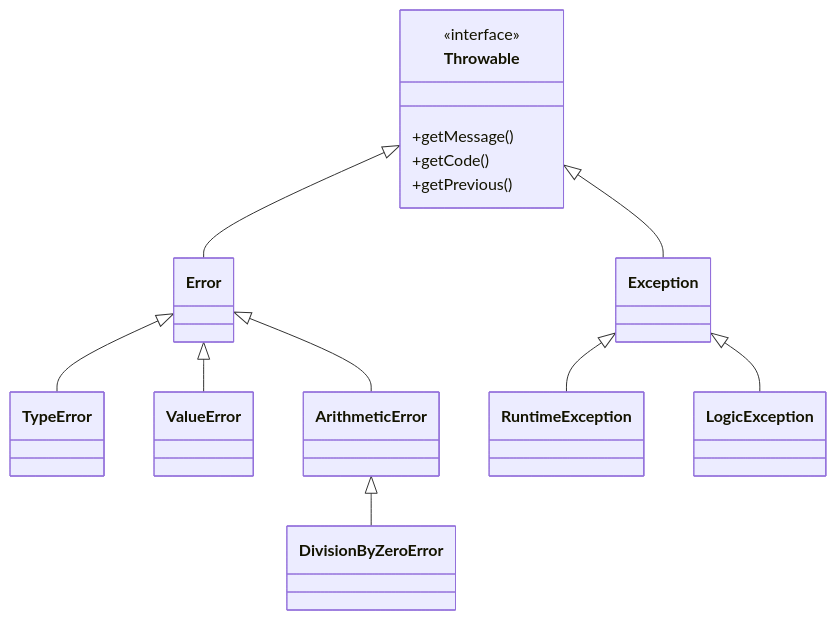
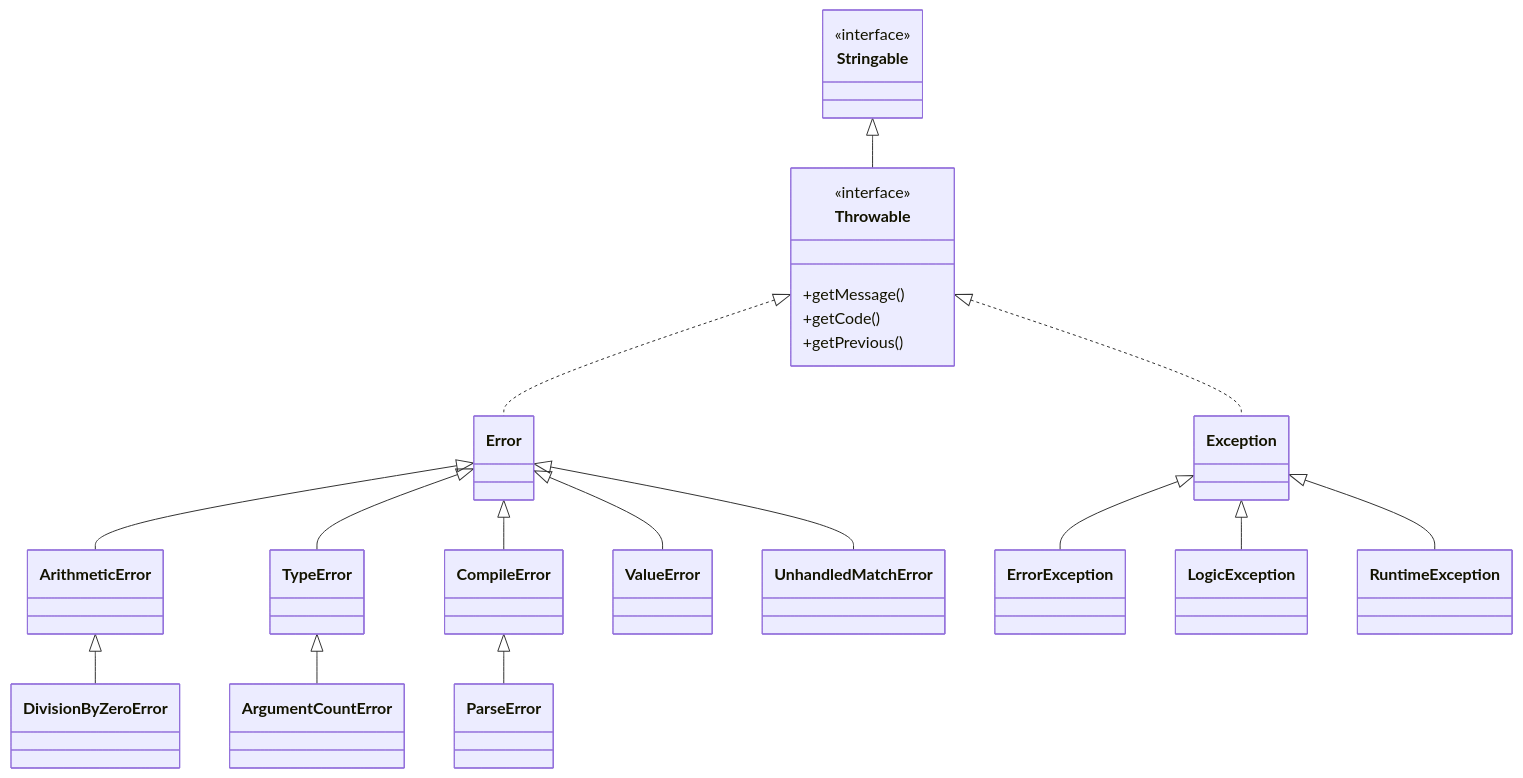
Before and after one commit to jasseryah-mazars/Sf-8.0: the first of 3 diagrams in docs/php-web-security/exceptions.md, drawn with Mermaid. The commit also changed other lines of this file and 21 other files, not shown here.

````diff
--- a/docs/php-web-security/exceptions.md
+++ b/docs/php-web-security/exceptions.md
@@ -81,17 +143,26 @@
 ```mermaid
 classDiagram
+    class Stringable {
+        <<interface>>
+    }
     class Throwable {
         <<interface>>
         +getMessage()
         +getCode()
         +getPrevious()
     }
-    Throwable <|-- Error
-    Throwable <|-- Exception
-    Error <|-- TypeError
-    Error <|-- ValueError
+    Stringable <|-- Throwable
+    Throwable <|.. Error
+    Throwable <|.. Exception
     Error <|-- ArithmeticError
     ArithmeticError <|-- DivisionByZeroError
+    Error <|-- TypeError
+    TypeError <|-- ArgumentCountError
+    Error <|-- CompileError
+    CompileError <|-- ParseError
+    Error <|-- ValueError
+    Error <|-- UnhandledMatchError
+    Exception <|-- ErrorException
+    Exception <|-- LogicException
     Exception <|-- RuntimeException
-    Exception <|-- LogicException
 ```
````
